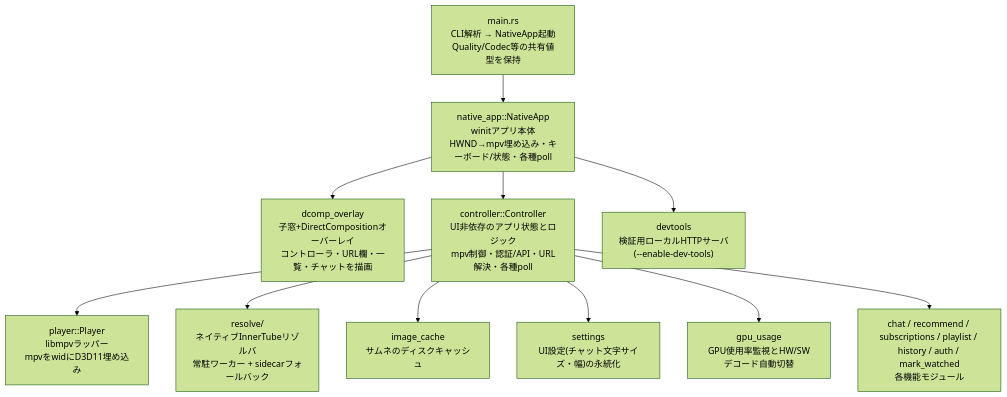
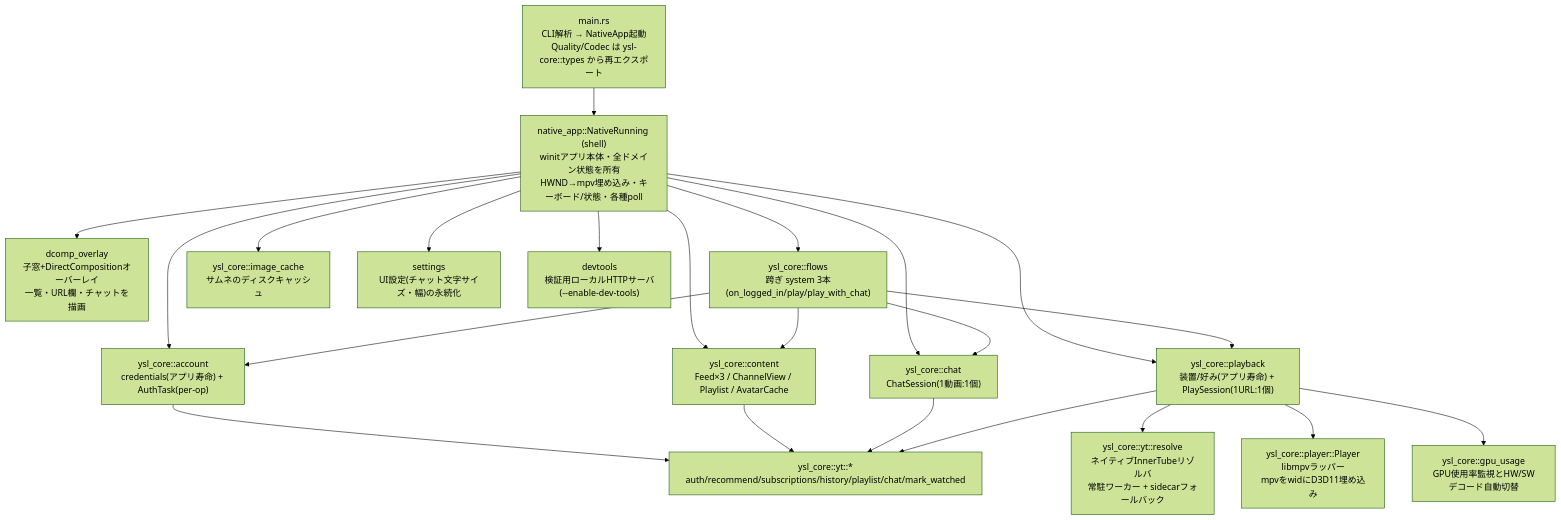
Before and after one commit to cancer/youtube-super-lite: the diagram in docs/design/architecture-overview.md, drawn with Mermaid (forest theme). The commit also changed other lines of this file and 8 other files, not shown here.

First line of the commit message:
refactor(playback): PR D4 — Playback + flows 確定、Controller 消滅

````diff
--- a/docs/design/architecture-overview.md
+++ b/docs/design/architecture-overview.md
@@ -7,25 +7,28 @@
 ```mermaid
 graph TD
-    main["main.rs<br/>CLI解析 → NativeApp起動<br/>Quality/Codec等の共有値型を保持"]
-    native_app["native_app::NativeApp<br/>winitアプリ本体<br/>HWND→mpv埋め込み・キーボード/状態・各種poll"]
-    overlay["dcomp_overlay<br/>子窓+DirectCompositionオーバーレイ<br/>コントローラ・URL欄・一覧・チャットを描画"]
-    controller["controller::Controller<br/>UI非依存のアプリ状態とロジック<br/>mpv制御・認証/API・URL解決・各種poll"]
-    player["player::Player<br/>libmpvラッパー<br/>mpvをwidにD3D11埋め込み"]
-    resolve["resolve/<br/>ネイティブInnerTubeリゾルバ<br/>常駐ワーカー + sidecarフォールバック"]
-    image_cache["image_cache<br/>サムネのディスクキャッシュ"]
+    main["main.rs<br/>CLI解析 → NativeApp起動<br/>Quality/Codec は ysl-core::types から再エクスポート"]
+    native_app["native_app::NativeRunning (shell)<br/>winitアプリ本体・全ドメイン状態を所有<br/>HWND→mpv埋め込み・キーボード/状態・各種poll"]
+    overlay["dcomp_overlay<br/>子窓+DirectCompositionオーバーレイ<br/>一覧・URL欄・チャットを描画"]
+    flows["ysl_core::flows<br/>跨ぎ system 3本(on_logged_in/play/play_with_chat)"]
+    account["ysl_core::account<br/>credentials(アプリ寿命) + AuthTask(per-op)"]
+    playback["ysl_core::playback<br/>装置/好み(アプリ寿命) + PlaySession(1URL:1個)"]
+    content["ysl_core::content<br/>Feed×3 / ChannelView / Playlist / AvatarCache"]
+    chat["ysl_core::chat<br/>ChatSession(1動画:1個)"]
+    player["ysl_core::player::Player<br/>libmpvラッパー<br/>mpvをwidにD3D11埋め込み"]
+    resolve["ysl_core::yt::resolve<br/>ネイティブInnerTubeリゾルバ<br/>常駐ワーカー + sidecarフォールバック"]
+    yt["ysl_core::yt::*<br/>auth/recommend/subscriptions/history/playlist/chat/mark_watched"]
+    image_cache["ysl_core::image_cache<br/>サムネのディスクキャッシュ"]
     settings["settings<br/>UI設定(チャット文字サイズ・幅)の永続化"]
-    gpu_usage["gpu_usage<br/>GPU使用率監視とHW/SWデコード自動切替"]
+    gpu_usage["ysl_core::gpu_usage<br/>GPU使用率監視とHW/SWデコード自動切替"]
     devtools["devtools<br/>検証用ローカルHTTPサーバ(--enable-dev-tools)"]
-    features["chat / recommend / subscriptions / playlist / history / auth / mark_watched<br/>各機能モジュール"]
 
     main --> native_app
     native_app --> overlay
-    native_app --> controller
     native_app --> devtools
-    controller --> player
-    controller --> resolve
-    controller --> image_cache
-    controller --> settings
-    controller --> gpu_usage
-    controller --> features
+    native_app --> flows & account & playback & content & chat
+    flows --> account & playback & content & chat
+    playback --> resolve & player & gpu_usage
+    account & content & chat --> yt
+    playback --> yt
+    native_app --> image_cache & settings
 ```
````
